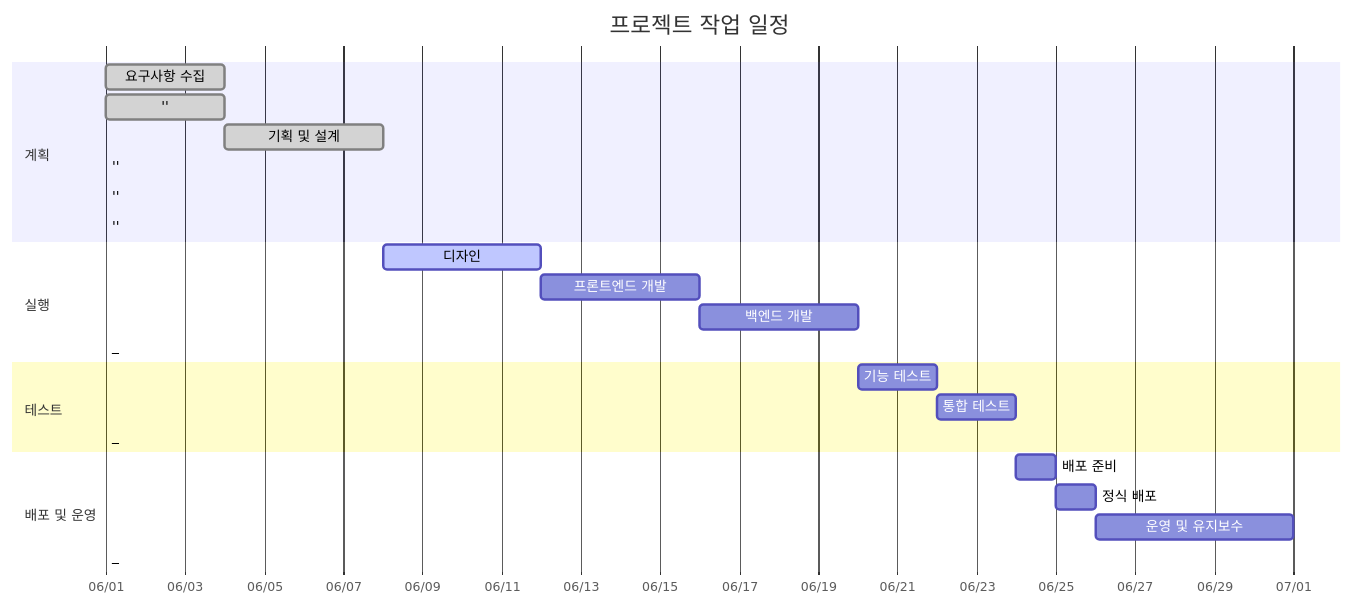
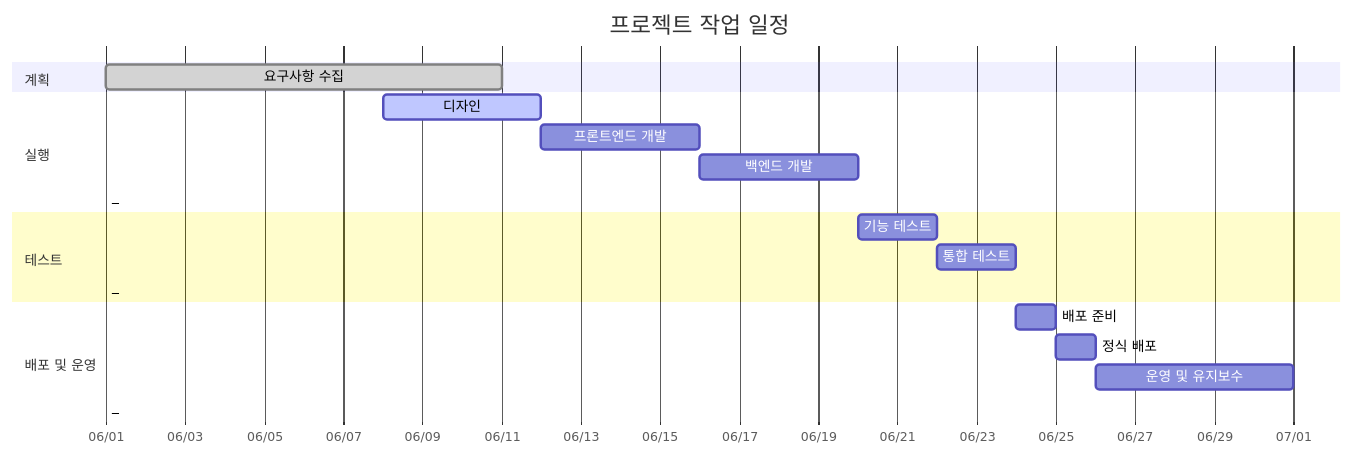
The diagram in README.md (RAILWAY-2025/RAILWAY_FRONT), drawn with Mermaid before and after one commit.

````diff
--- a/README.md
+++ b/README.md
@@ -5,32 +5,28 @@
 ```mermaid
 gantt
 title 프로젝트 작업 일정
 dateFormat YYYY-MM-DD
 axisFormat %m/%d
 %% 화면에 꽉 차 보이도록 섹션을 충분히 배치
 
 section 계획
-요구사항 수집       :done,    a1, 2025-06-01, 3d
-''            :done,    dummy1, 2025-06-01, 3d
-기획 및 설계        :done,    a2, 2025-06-04, 4d
-''            :done,    dummy552, 2025-06-01, 0d
-''            :done,    dummy12, 2025-06-01, 0d
-''            :done,    dummy5555, 2025-06-01, 0d
+요구사항 수집       :done,    a1, 2025-06-01, 10d
+
 
 section 실행
 디자인              :active,  a3, 2025-06-08, 4d
 프론트엔드 개발       :         a4, 2025-06-12, 4d
 백엔드 개발          :         a5, 2025-06-16, 4d
  _           :done,    dummy2, 2025-06-01, 0d
 
 section 테스트
 기능 테스트          :         a6, 2025-06-20, 2d
 통합 테스트          :         a7, 2025-06-22, 2d
 _            :done,    dummy3, 2025-06-01, 0d
 
 section 배포 및 운영
 배포 준비            :         a8, 2025-06-24, 1d
 정식 배포            :         a9, 2025-06-25, 1d
 운영 및 유지보수     :         a10, 2025-06-26, 5d
  _          :done,    dummy4, 2025-06-01, 0d
 ```
````
